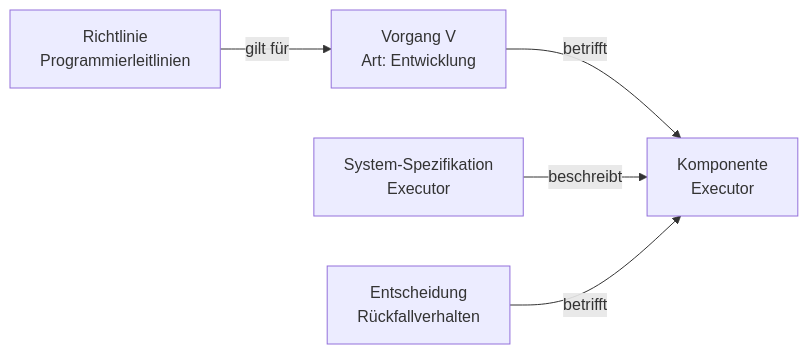
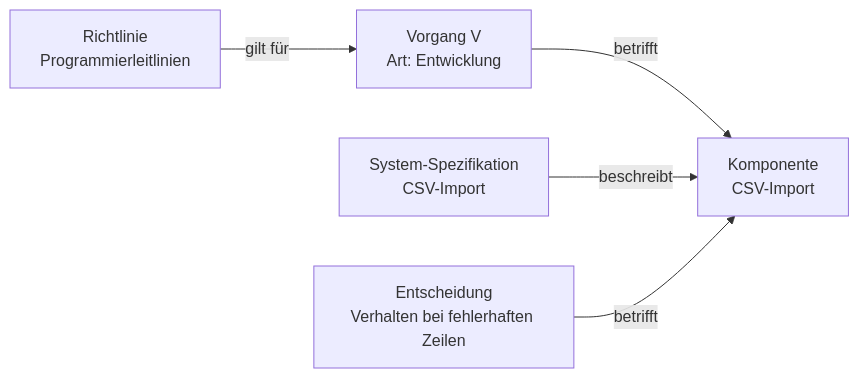
The second of 6 diagrams in README.md (blaumohn/ki-dev), drawn with Mermaid before and after one commit. The commit also changed other lines of this file, not shown here.

````diff
--- a/README.md
+++ b/README.md
@@ -295,13 +320,13 @@
 ```mermaid
 graph LR
     V["Vorgang V<br/>Art: Entwicklung"]
-    E["Komponente<br/>Executor"]
+    E["Komponente<br/>CSV-Import"]
     G["Richtlinie<br/>Programmierleitlinien"]
-    S["System-Spezifikation<br/>Executor"]
-    D["Entscheidung<br/>Rückfallverhalten"]
+    S["System-Spezifikation<br/>CSV-Import"]
+    D["Entscheidung<br/>Verhalten bei fehlerhaften Zeilen"]
 
     V -->|"betrifft"| E
     S -->|"beschreibt"| E
     D -->|"betrifft"| E
     G -->|"gilt für"| V
 ```
````
